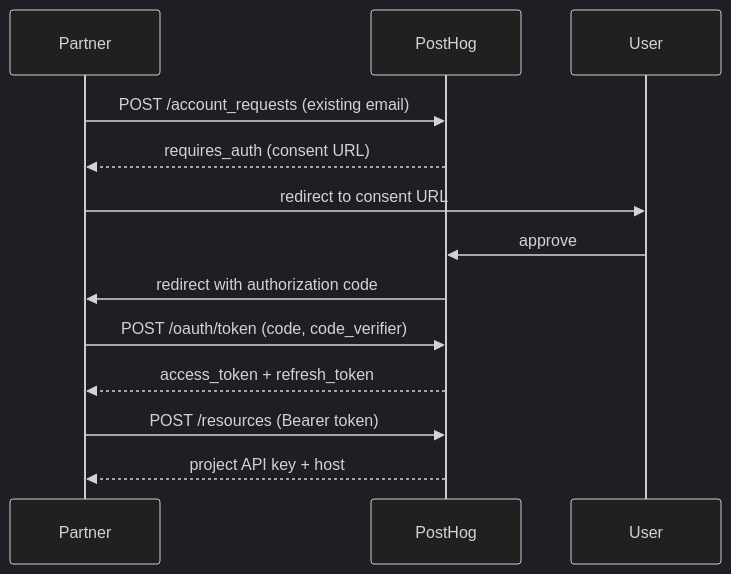
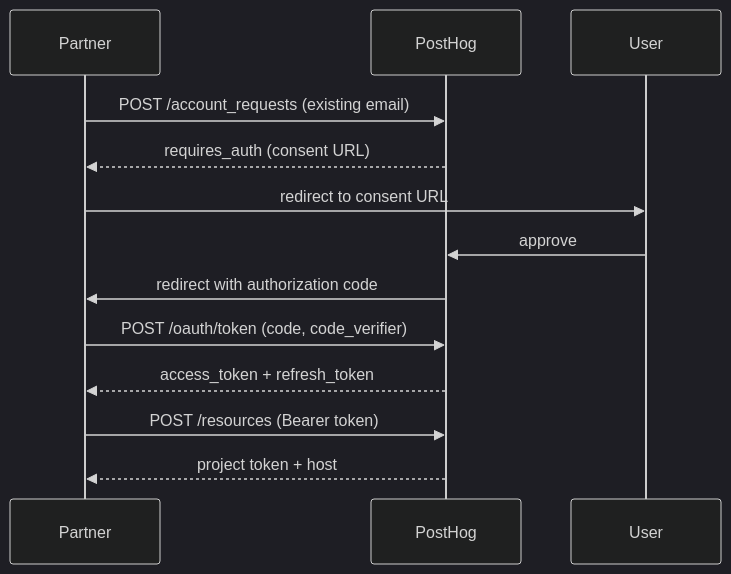
Before and after one commit to PostHog/posthog.com: the second of 2 diagrams in contents/docs/integrate/provisioning.mdx, drawn with Mermaid (dark theme). The commit also changed other lines of this file, not shown here.

First line of the commit message:
docs: tweak provisioning API page voice and terminology

````diff
--- a/contents/docs/integrate/provisioning.mdx
+++ b/contents/docs/integrate/provisioning.mdx
@@ -155,19 +154,19 @@
 ```mermaid
 sequenceDiagram
     participant P as Partner
     participant PH as PostHog
     participant U as User
 
     P->>PH: POST /account_requests (existing email)
     PH-->>P: requires_auth (consent URL)
 
     P->>U: redirect to consent URL
     U->>PH: approve
     PH->>P: redirect with authorization code
 
     P->>PH: POST /oauth/token (code, code_verifier)
     PH-->>P: access_token + refresh_token
 
     P->>PH: POST /resources (Bearer token)
-    PH-->>P: project API key + host
+    PH-->>P: project token + host
 ```
````
